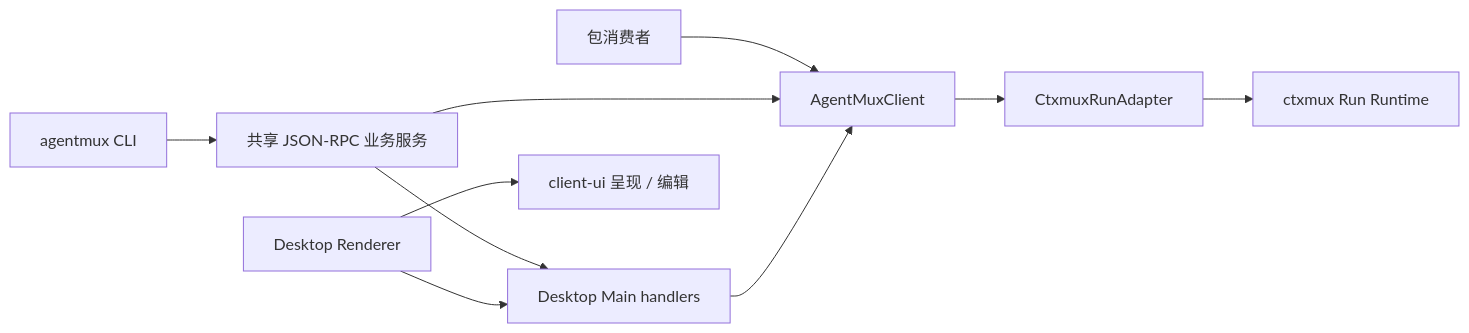
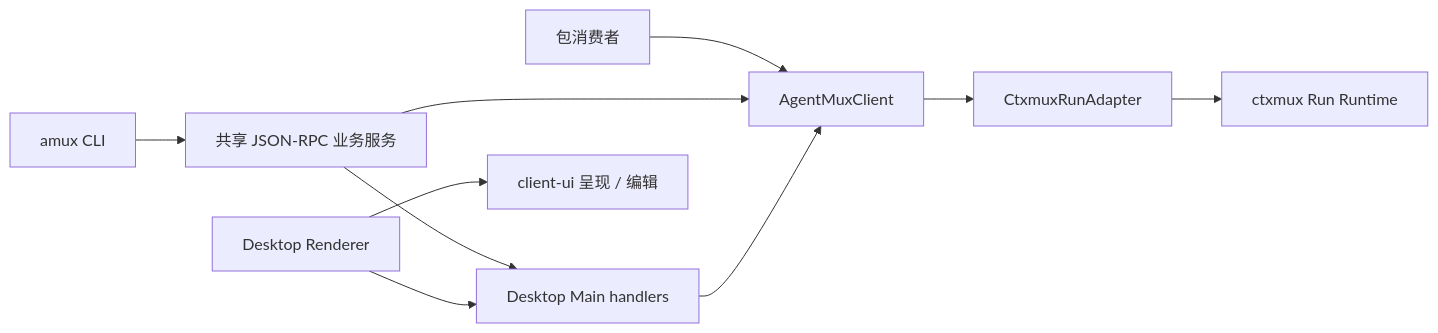
The diagram in docs/architecture/system-ownership.md (bagakit/agentmux), drawn with Mermaid before and after one commit. The commit also changed 1 other file, not shown here.

Commit message:
docs(architecture): name amux in current CLI diagrams

````diff
--- a/docs/architecture/system-ownership.md
+++ b/docs/architecture/system-ownership.md
@@ -59,12 +59,12 @@
 ```mermaid
 flowchart LR
   Package["包消费者"] --> Core["AgentMuxClient"]
-  CLI["agentmux CLI"] --> Service["共享 JSON-RPC 业务服务"]
+  CLI["amux CLI"] --> Service["共享 JSON-RPC 业务服务"]
   Service --> Main["Desktop Main handlers"]
   Service --> Core
   Renderer["Desktop Renderer"] --> Main
   Renderer --> SharedUI["client-ui 呈现 / 编辑"]
   Main --> Core
   Core --> Adapter["CtxmuxRunAdapter"]
   Adapter --> Runtime["ctxmux Run Runtime"]
 ```
````
